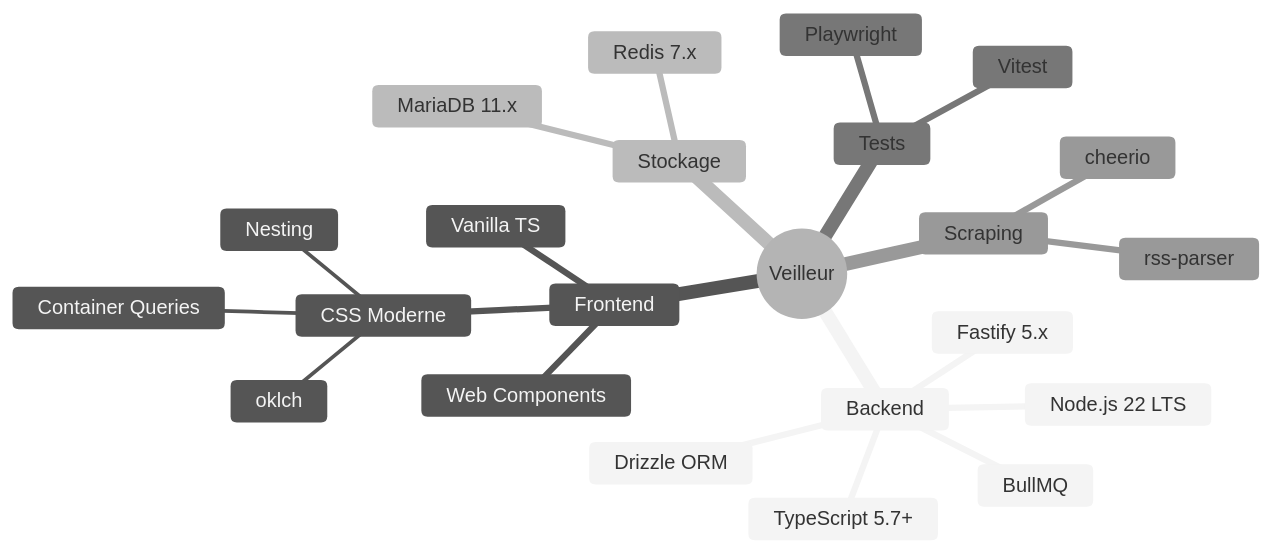
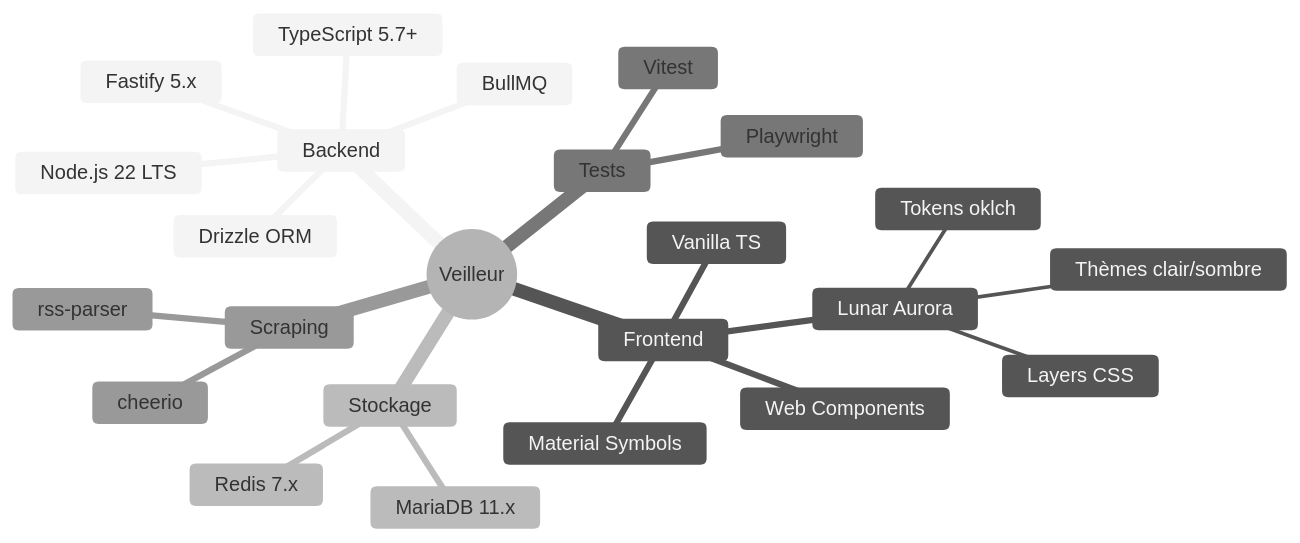
The second of 4 diagrams in README.md (yrbane/veilleur), drawn with Mermaid (neutral theme) before and after one commit. The commit also changed other lines of this file and 25 other files, not shown here.

First line of the commit message:
0.7.0 — Interface Lunar Aurora et icônes Material Symbols

````diff
--- a/README.md
+++ b/README.md
@@ -204,26 +206,27 @@
 ```mermaid
 mindmap
   root((Veilleur))
     Backend
       Node.js 22 LTS
       Fastify 5.x
       TypeScript 5.7+
       Drizzle ORM
       BullMQ
     Frontend
       Vanilla TS
       Web Components
-      CSS Moderne
-        Nesting
-        oklch
-        Container Queries
+      Lunar Aurora
+        Tokens oklch
+        Thèmes clair/sombre
+        Layers CSS
+      Material Symbols
     Stockage
       MariaDB 11.x
       Redis 7.x
     Tests
       Vitest
       Playwright
     Scraping
       cheerio
       rss-parser
 ```
````
